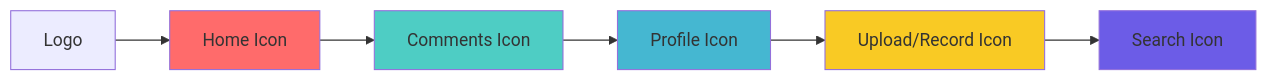
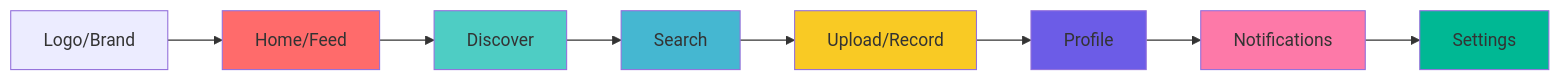
The second of 3 diagrams in .qoder/quests/implement-mobile-web-app-structure.md (yevvision/aural), drawn with Mermaid before and after one commit. The commit also changed other lines of this file and 132 other files, not shown here.

````diff
--- a/.qoder/quests/implement-mobile-web-app-structure.md
+++ b/.qoder/quests/implement-mobile-web-app-structure.md
@@ -267,14 +1263,18 @@
 ```mermaid
 graph LR
-    A[Logo] --> B[Home Icon]
-    B --> C[Comments Icon]
-    C --> D[Profile Icon]
-    D --> E[Upload/Record Icon]
-    E --> F[Search Icon]
+    A[Logo/Brand] --> B[Home/Feed]
+    B --> C[Discover]
+    C --> D[Search]
+    D --> E[Upload/Record]
+    E --> F[Profile]
+    F --> G[Notifications]
+    G --> H[Settings]
     
     style B fill:#ff6b6b
     style C fill:#4ecdc4
     style D fill:#45b7d1
     style E fill:#f9ca24
     style F fill:#6c5ce7
+    style G fill:#fd79a8
+    style H fill:#00b894
 ```
````
